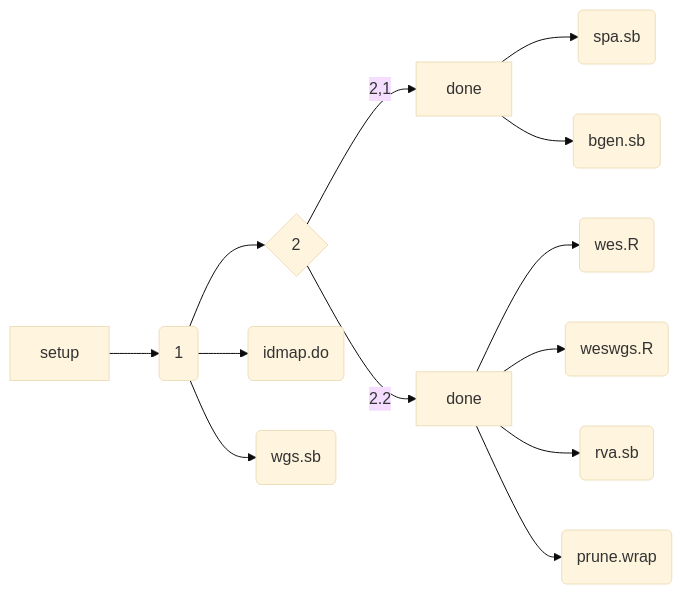
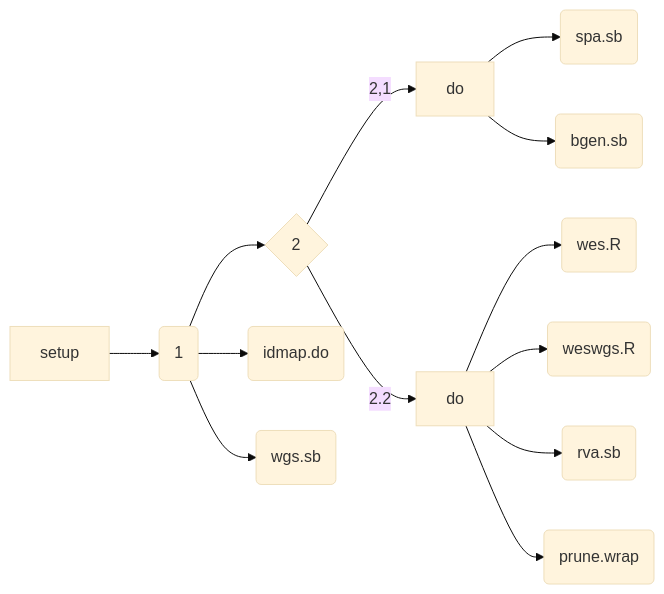
Before and after one commit to jinghuazhao/SCALLOP-Seq: the diagram in README.md, drawn with Mermaid (base theme). The commit also changed 1 other file, not shown here.

````diff
--- a/README.md
+++ b/README.md
@@ -13,10 +13,10 @@
 ```mermaid
 graph LR;
 A[setup] -->B(1);
     B --> C{2}; B --> F(idmap.do); B --> I(wgs.sb);
-    C -->|2,1| D[done];
-    C -->|2.2| E[done]; E --> L(wes.R); E --> M(weswgs.R);
+    C -->|2,1| D[do];
+    C -->|2.2| E[do]; E --> L(wes.R); E --> M(weswgs.R);
     D --> G(spa.sb); D --> K(bgen.sb);
     E --> H(rva.sb); E --> J(prune.wrap);
 
 ```
````
